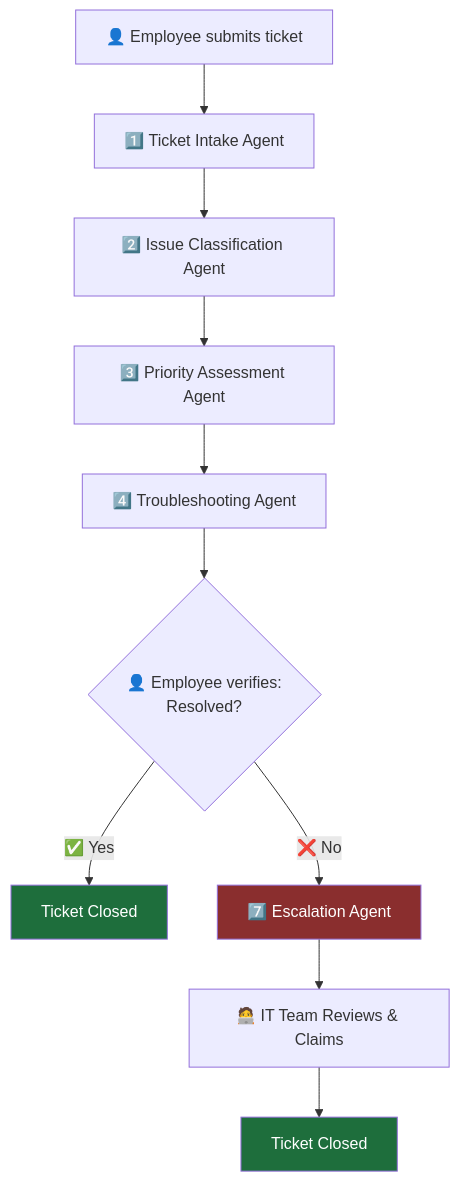
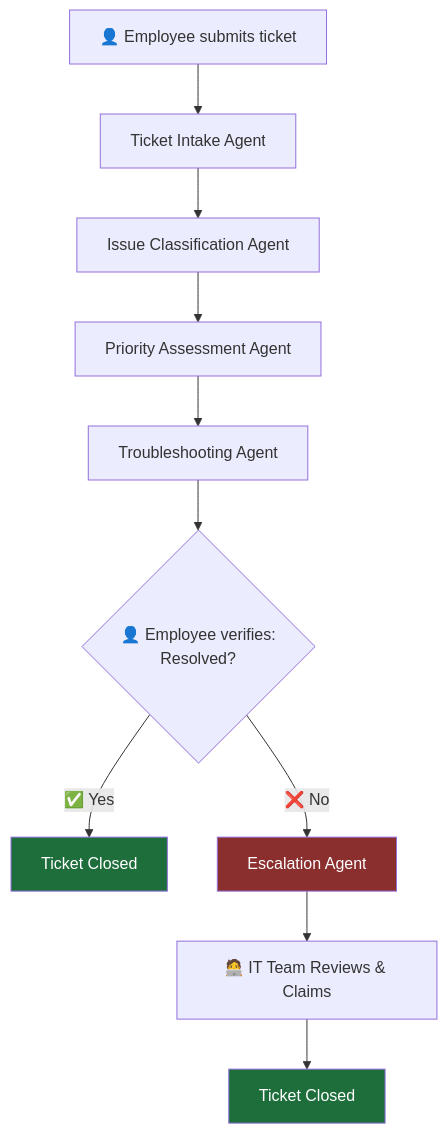
One commit to Danaksd/Enterprise-IT-Support-CapstoneProject changed the first of 2 diagrams in README.md. Above: the diagram before and after it, drawn with Mermaid. The commit also changed other lines of this file, not shown here.

````diff
--- a/README.md
+++ b/README.md
@@ -41,16 +41,16 @@
 ```mermaid
 flowchart TD
-    A[👤 Employee submits ticket] --> B["1️⃣ Ticket Intake Agent"]
-    B --> C["2️⃣ Issue Classification Agent"]
-    C --> D["3️⃣ Priority Assessment Agent"]
-    D --> E["4️⃣ Troubleshooting Agent"]
+    A[👤 Employee submits ticket] --> B[" Ticket Intake Agent"]
+    B --> C[" Issue Classification Agent"]
+    C --> D[" Priority Assessment Agent"]
+    D --> E[" Troubleshooting Agent"]
     E --> F{"👤 Employee verifies:<br/>Resolved?"}
     F -->|"✅ Yes"| G["Ticket Closed"]
-    F -->|"❌ No"| H["7️⃣ Escalation Agent"]
+    F -->|"❌ No"| H[" Escalation Agent"]
     H --> I["🧑‍💻 IT Team Reviews & Claims"]
     I --> J["Ticket Closed"]
  
     style G fill:#1e6e3c,color:#fff
     style J fill:#1e6e3c,color:#fff
     style H fill:#8a2e2e,color:#fff
 ```
````
